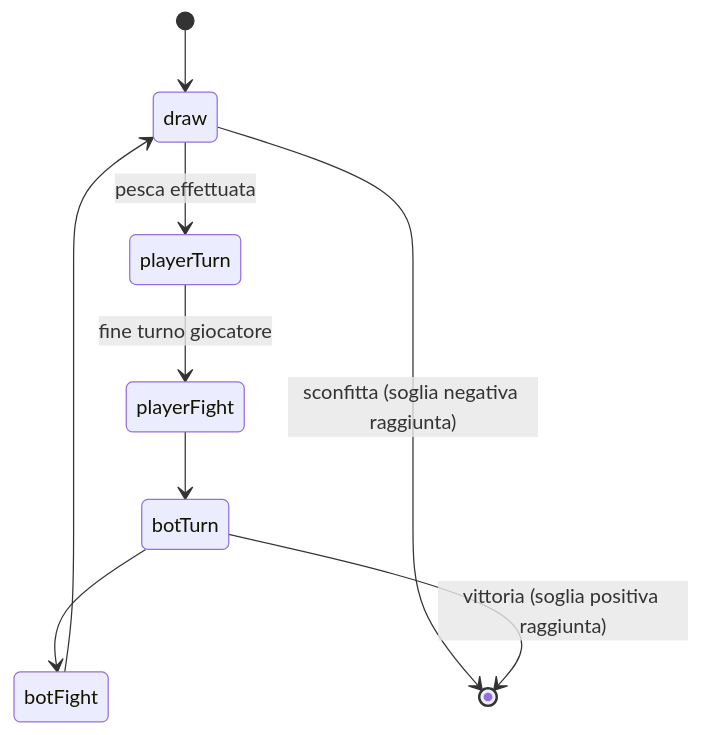
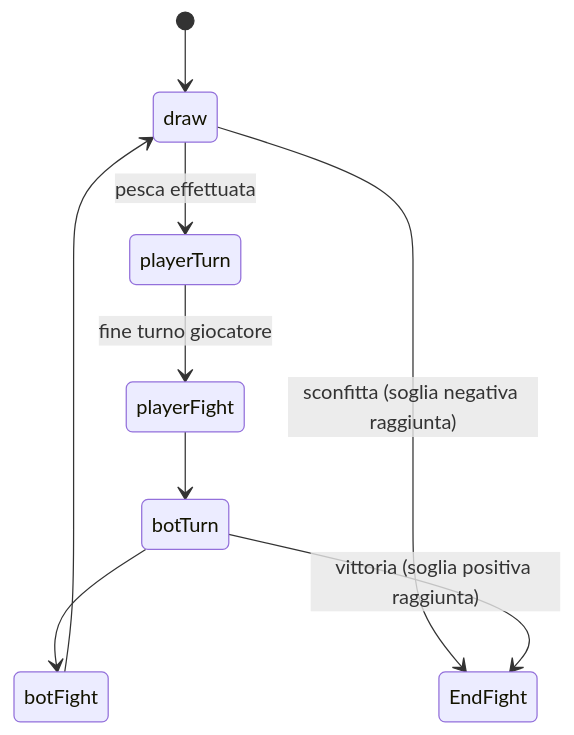
The diagram in docs/Implementazione/gambacortagiuseppe.md (GiuseppeGambacorta/PPS-25-SCRYPTION), drawn with Mermaid before and after one commit. The commit also changed other lines of this file, not shown here.

Commit message:
my implementation fix2

```diff
--- a/docs/Implementazione/gambacortagiuseppe.md
+++ b/docs/Implementazione/gambacortagiuseppe.md
@@ -109,11 +107,12 @@
 <pre class="mermaid">
 stateDiagram-v2
     [*] --> draw
     draw --> playerTurn : pesca effettuata
-    draw --> [*] : sconfitta (soglia negativa raggiunta)
+    draw --> EndFight : sconfitta (soglia negativa raggiunta)
     playerTurn --> playerFight : fine turno giocatore
     playerFight --> botTurn
     botTurn --> botFight
-    botTurn --> [*] : vittoria (soglia positiva raggiunta)
+    botTurn --> EndFight : vittoria (soglia positiva raggiunta)
     botFight --> draw
+    EndFight
 </pre>
```
